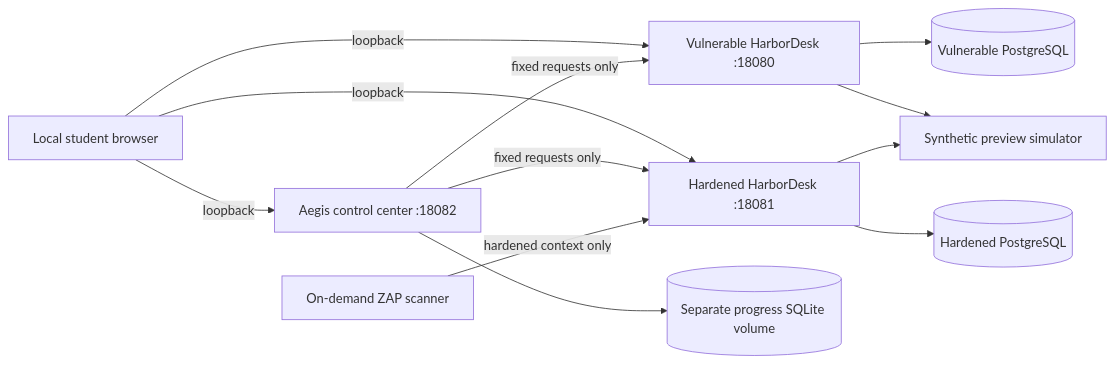
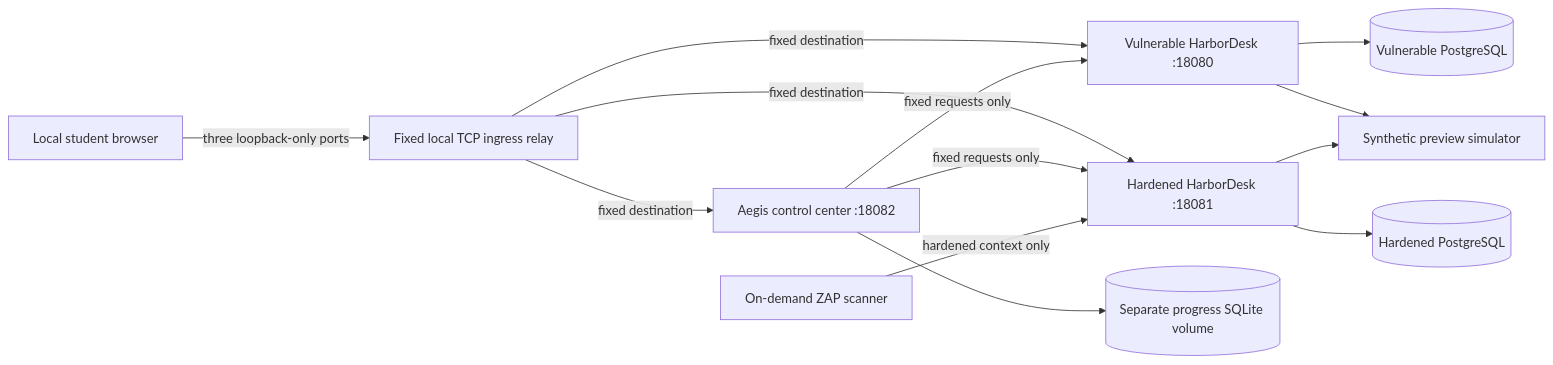
Before and after one commit to gig0d/web-application-security-lab: the first of 2 diagrams in docs/architecture.md, drawn with Mermaid. The commit also changed other lines of this file and 21 other files, not shown here.

Commit message:
fix: provide fixed loopback ingress and preserve scanner artifact integrity

````diff
--- a/docs/architecture.md
+++ b/docs/architecture.md
@@ -5,23 +5,25 @@
 ```mermaid
 flowchart LR
     Student[Local student browser]
+    Ingress[Fixed local TCP ingress relay]
     Control[Aegis control center :18082]
     V[Vulnerable HarborDesk :18080]
     H[Hardened HarborDesk :18081]
     VD[(Vulnerable PostgreSQL)]
     HD[(Hardened PostgreSQL)]
     Progress[(Separate progress SQLite volume)]
     Sim[Synthetic preview simulator]
     ZAP[On-demand ZAP scanner]
-    Student -->|loopback| Control
-    Student -->|loopback| V
-    Student -->|loopback| H
+    Student -->|three loopback-only ports| Ingress
+    Ingress -->|fixed destination| Control
+    Ingress -->|fixed destination| V
+    Ingress -->|fixed destination| H
     Control --> Progress
     Control -->|fixed requests only| V
     Control -->|fixed requests only| H
     V --> VD
     H --> HD
     V --> Sim
     H --> Sim
     ZAP -->|hardened context only| H
 ```
````
